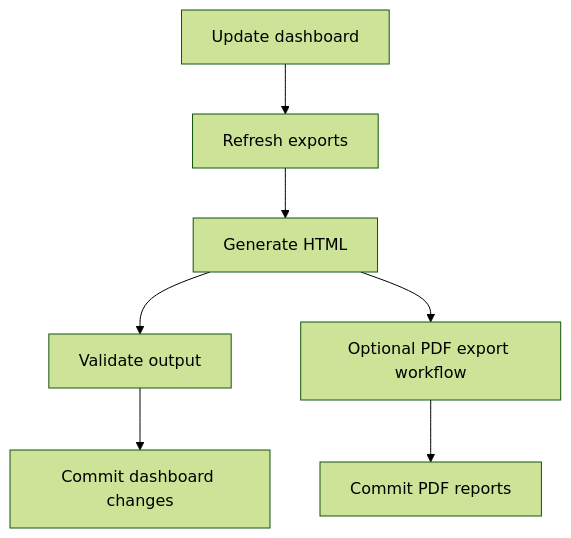
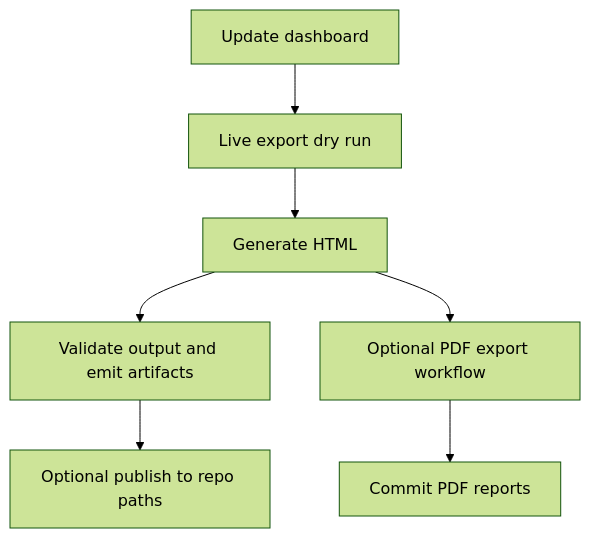
One commit to nathanmcnulty/defender-reporting changed the diagram in docs/workflows.md. Above: the diagram before and after it, drawn with Mermaid (forest theme). The commit also changed other lines of this file and 27 other files, not shown here.

````diff
--- a/docs/workflows.md
+++ b/docs/workflows.md
@@ -15,9 +15,9 @@
 ```mermaid
 flowchart TD
-    A["Update dashboard"] --> B["Refresh exports"]
+    A["Update dashboard"] --> B["Live export dry run"]
     B --> C["Generate HTML"]
-    C --> D["Validate output"]
-    D --> E["Commit dashboard changes"]
+    C --> D["Validate output and emit artifacts"]
+    D --> E["Optional publish to repo paths"]
     C --> F["Optional PDF export workflow"]
     F --> G["Commit PDF reports"]
 ```
````
